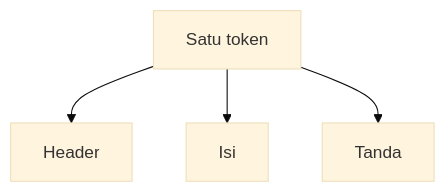
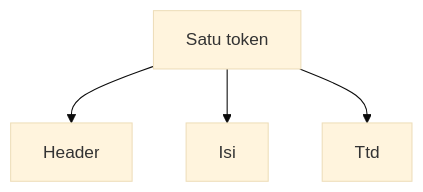
The fifth of 7 diagrams in modul-07-rest/README.md (antonprafanto/mobile2026), drawn with Mermaid (base theme) before and after one commit. The commit also changed other lines of this file and 21 other files, not shown here.

````diff
--- a/modul-07-rest/README.md
+++ b/modul-07-rest/README.md
@@ -307,6 +307,6 @@
 ```mermaid
 flowchart TB
   JWT["Satu token"] --> H["Header"]
   JWT --> I["Isi"]
-  JWT --> T["Tanda"]
+  JWT --> T["Ttd"]
 ```
````
